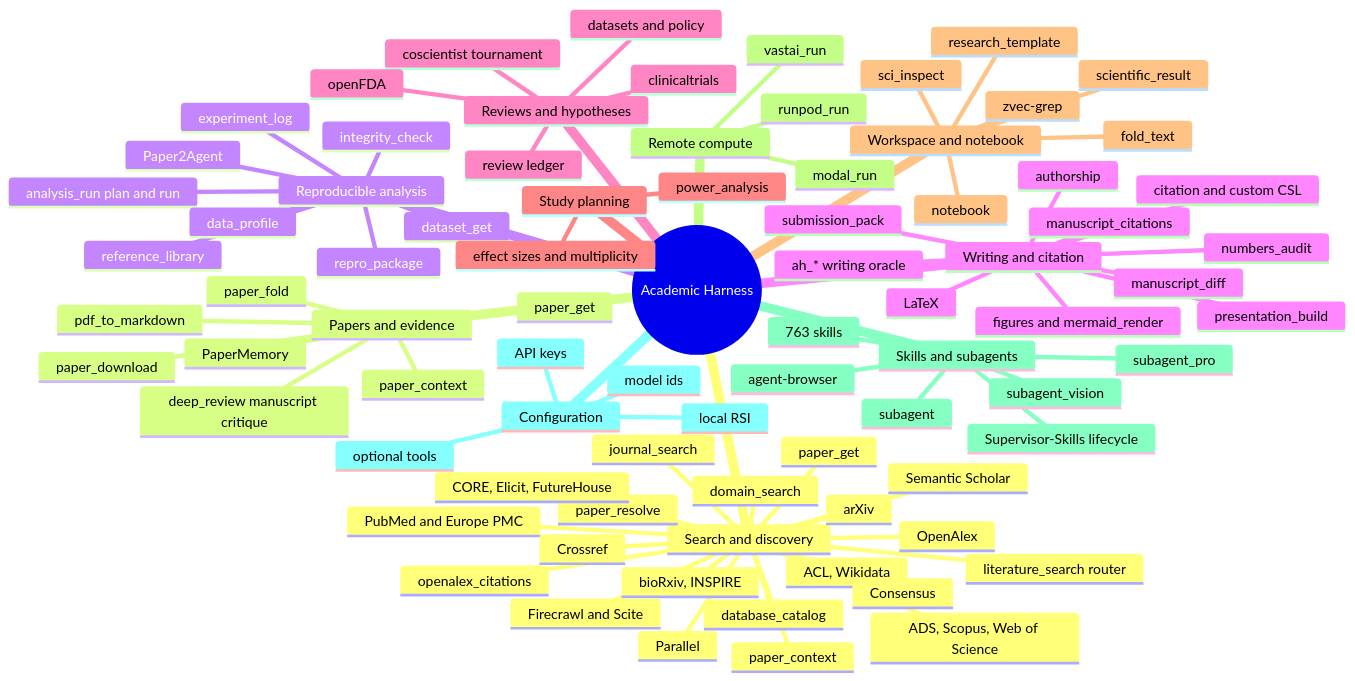
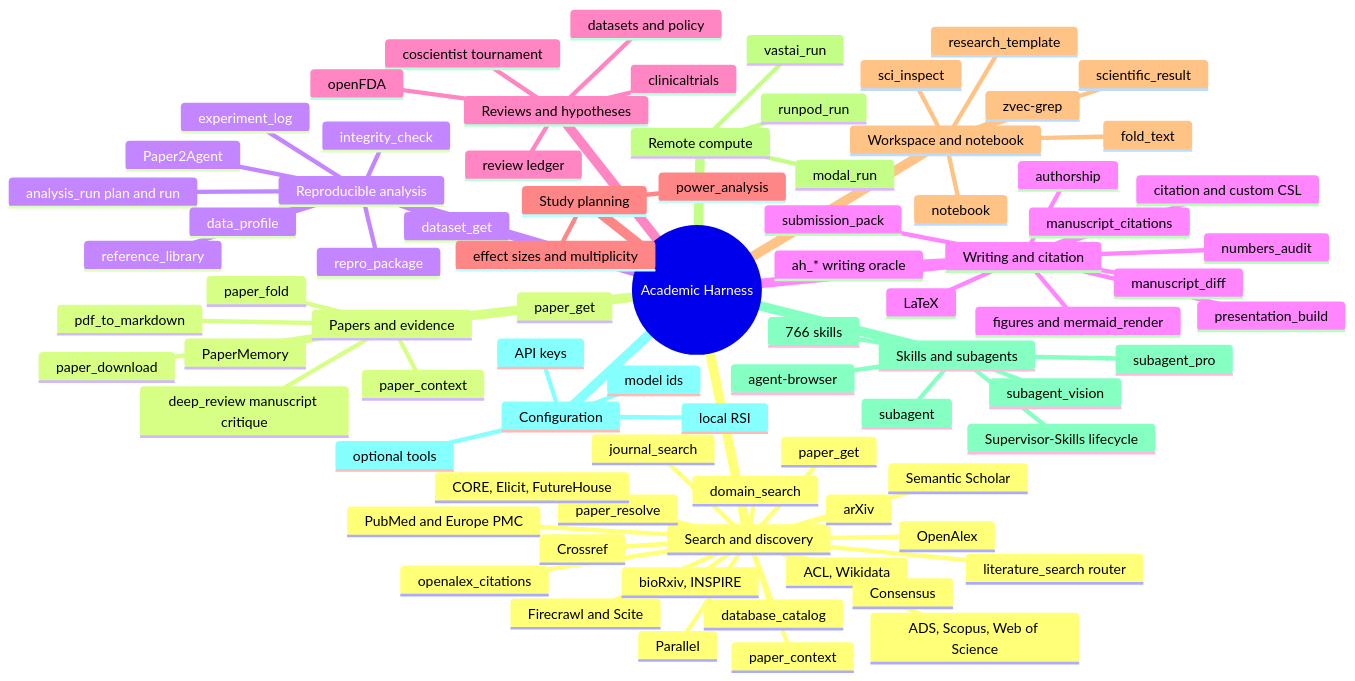
The diagram in docs/diagrams/capability-map.mmd (raktim-mondol/academic-harness), drawn with Mermaid before and after one commit. The commit also changed 32 other files, not shown here.

```diff
--- a/docs/diagrams/capability-map.mmd
+++ b/docs/diagrams/capability-map.mmd
@@ -1,83 +1,83 @@
 mindmap
   root((Academic Harness))
     Search and discovery
       literature_search router
       journal_search
       paper_get
       paper_context
       paper_resolve
       openalex_citations
       database_catalog
       domain_search
       OpenAlex
       Semantic Scholar
       PubMed and Europe PMC
       arXiv
       Crossref
       bioRxiv, INSPIRE
       ADS, Scopus, Web of Science
       ACL, Wikidata
       Consensus
       Parallel
       Firecrawl and Scite
       CORE, Elicit, FutureHouse
     Papers and evidence
       paper_get
       paper_context
       paper_download
       paper_fold
       pdf_to_markdown
       deep_review manuscript critique
       PaperMemory
     Reproducible analysis
       analysis_run plan and run
       experiment_log
       dataset_get
       data_profile
       repro_package
       reference_library
       integrity_check
       Paper2Agent
     Writing and citation
       ah_* writing oracle
       citation and custom CSL
       manuscript_citations
       submission_pack
       manuscript_diff
       numbers_audit
       presentation_build
       authorship
       LaTeX
       figures and mermaid_render
     Reviews and hypotheses
       review ledger
       coscientist tournament
       clinicaltrials
       openFDA
       datasets and policy
     Study planning
       power_analysis
       effect sizes and multiplicity
     Workspace and notebook
       zvec-grep
       notebook
       scientific_result
       fold_text
       sci_inspect
       research_template
     Remote compute
       modal_run
       runpod_run
       vastai_run
     Skills and subagents
-      763 skills
+      766 skills
       Supervisor-Skills lifecycle
       agent-browser
       subagent
       subagent_pro
       subagent_vision
     Configuration
       API keys
       model ids
       optional tools
       local RSI
```
